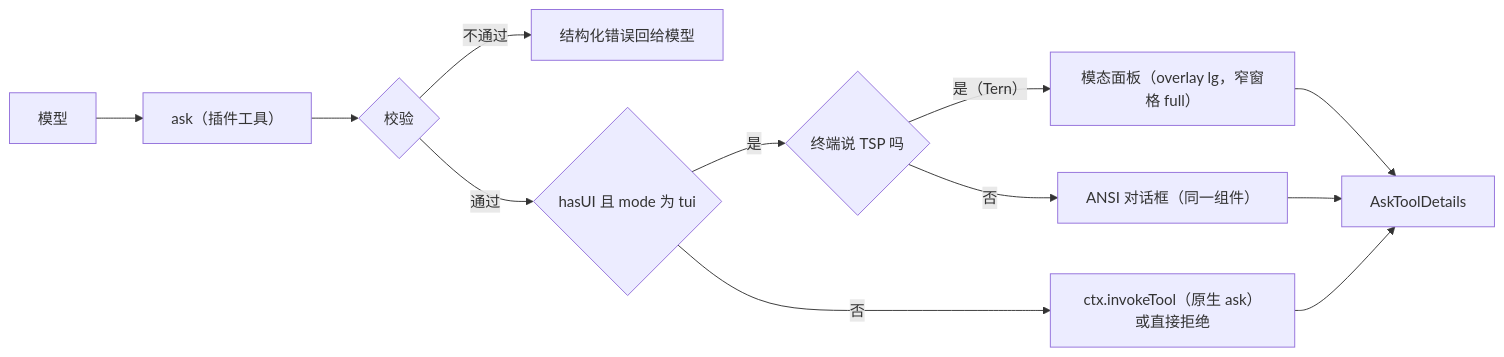
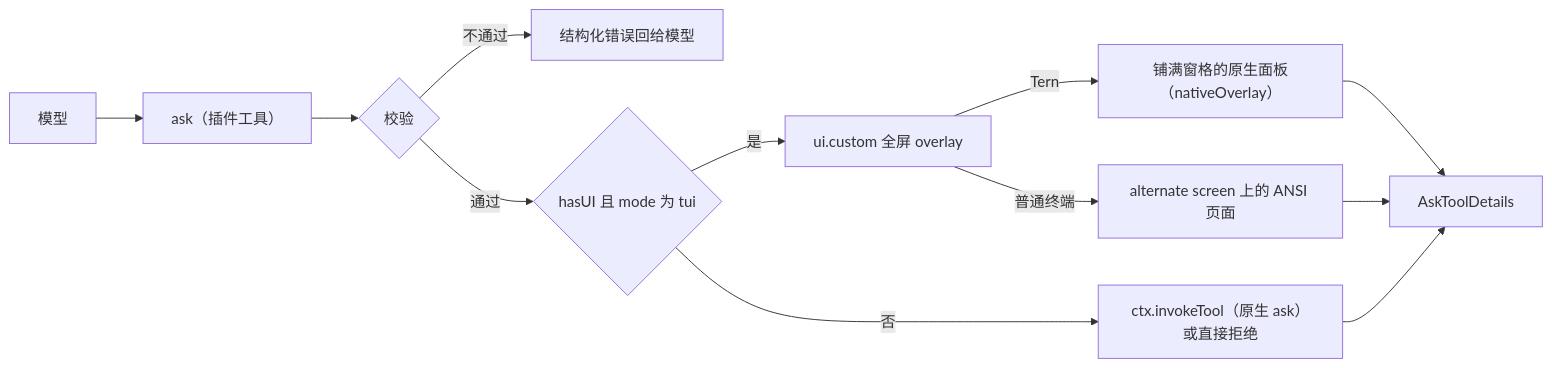
Before and after one commit to oh-my-omp/omp-ask-more: the diagram in README.zh-CN.md, drawn with Mermaid. The commit also changed other lines of this file and 3 other files, not shown here.

````diff
--- a/README.zh-CN.md
+++ b/README.zh-CN.md
@@ -96,14 +112,14 @@
 ```mermaid
 flowchart LR
   m[模型] --> t["ask（插件工具）"]
   t --> v{校验}
   v -- 不通过 --> e[结构化错误回给模型]
   v -- 通过 --> u{"hasUI 且 mode 为 tui"}
   u -- 否 --> n["ctx.invokeTool（原生 ask）或直接拒绝"]
-  u -- 是 --> s{"终端说 TSP 吗"}
-  s -- "是（Tern）" --> p["模态面板（overlay lg，窄窗格 full）"]
-  s -- 否 --> c["ANSI 对话框（同一组件）"]
+  u -- 是 --> o["ui.custom 全屏 overlay"]
+  o -- "普通终端" --> c["alternate screen 上的 ANSI 页面"]
+  o -- "Tern" --> p["铺满窗格的原生面板（nativeOverlay）"]
   p --> a[AskToolDetails]
   c --> a
   n --> a
 ```
````
